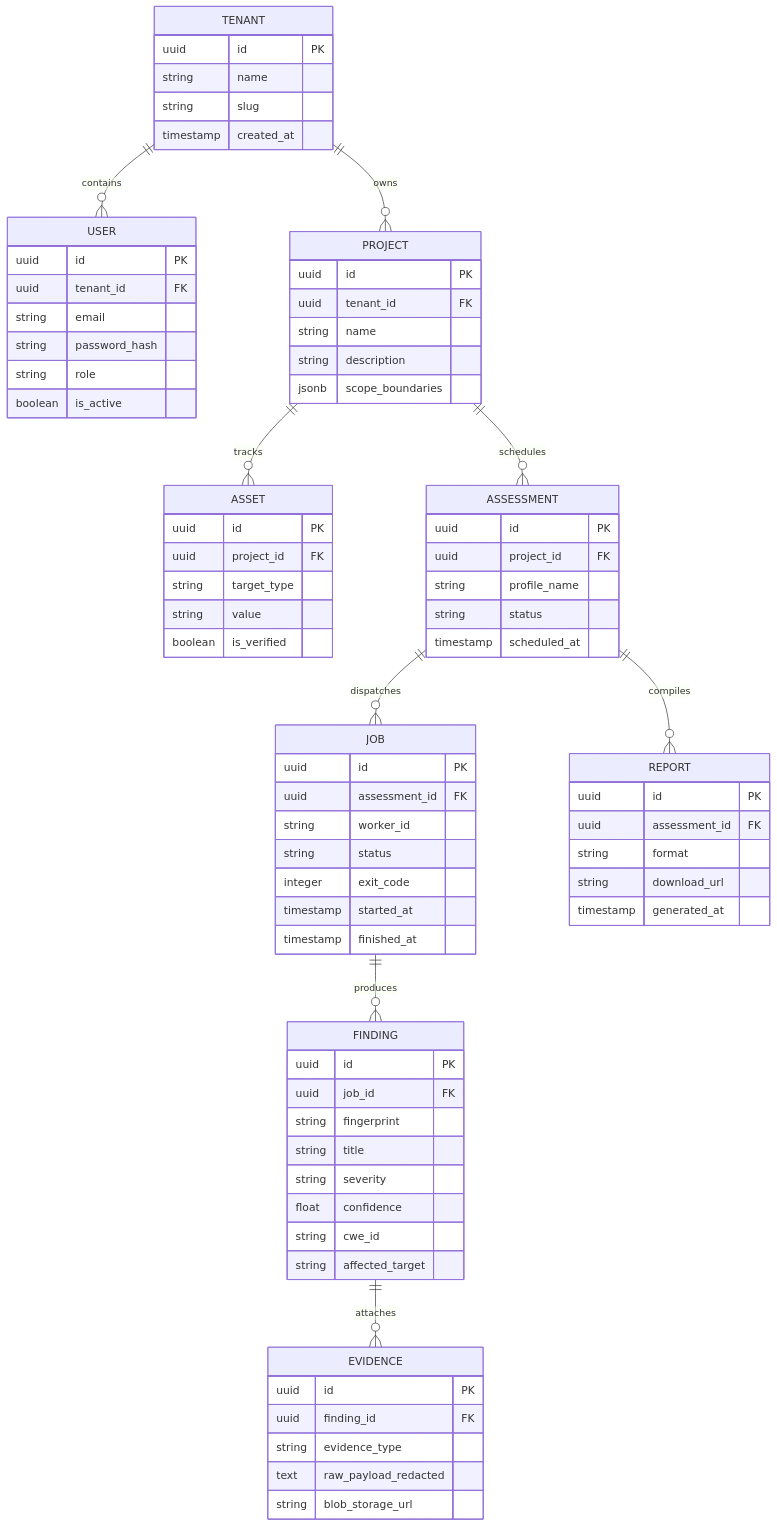
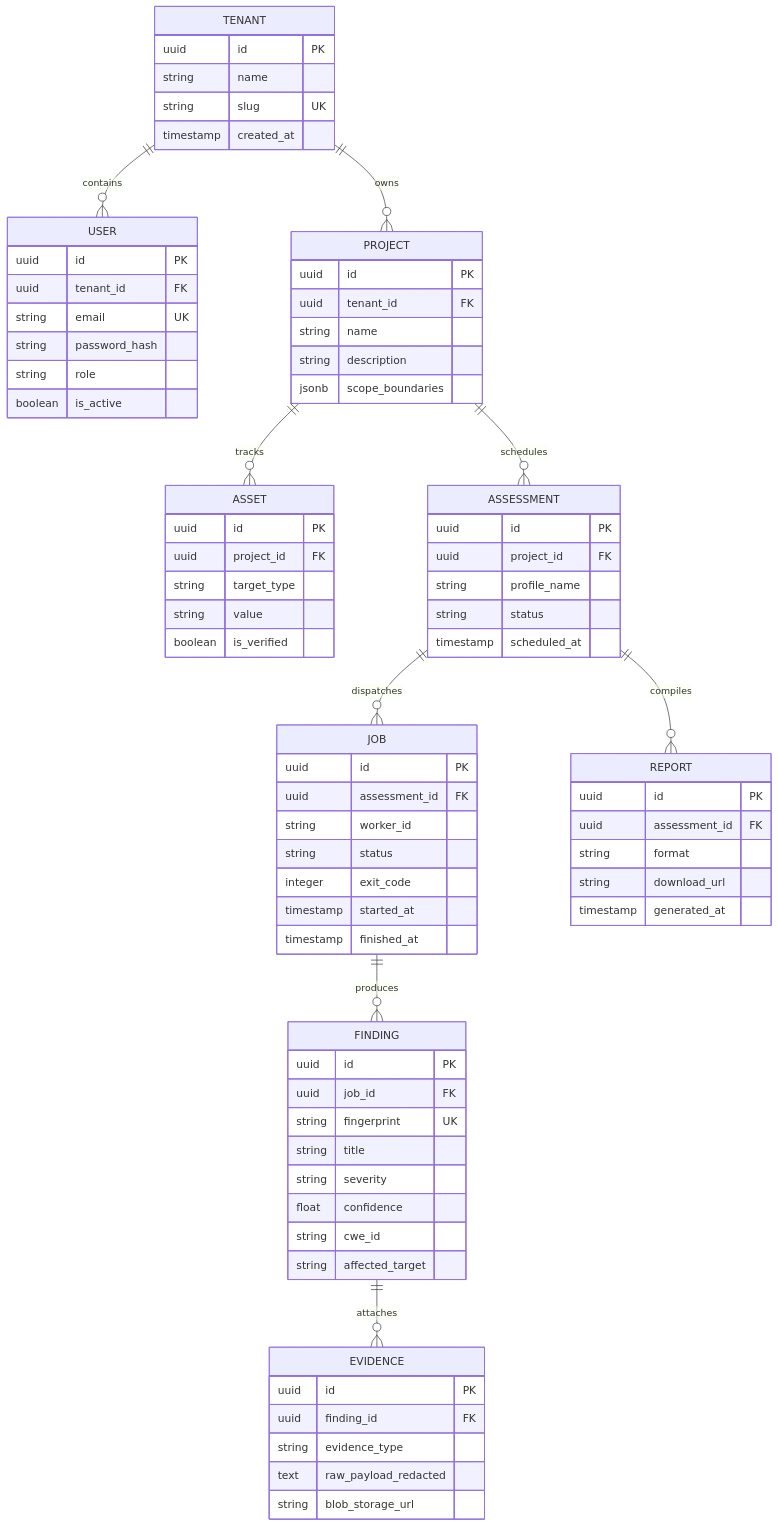
One commit to eOzkahq/Kelvin changed the second of 3 diagrams in docs/MVP_AND_PHASE_BIFURCATION.md. Above: the diagram before and after it, drawn with Mermaid. The commit also changed other lines of this file and 10 other files, not shown here.

First line of the commit message:
docs(architecture): harmonize foundation specifications and documentation with ADR-0001 through ADR-0005 (P1-26)

```diff
--- a/docs/MVP_AND_PHASE_BIFURCATION.md
+++ b/docs/MVP_AND_PHASE_BIFURCATION.md
@@ -52,14 +53,14 @@
     TENANT {
         uuid id PK
         string name
-        string slug
+        string slug UK
         timestamp created_at
     }
 
     USER {
         uuid id PK
         uuid tenant_id FK
-        string email
+        string email UK
         string password_hash
         string role
         boolean is_active
@@ -102,7 +103,7 @@
     FINDING {
         uuid id PK
         uuid job_id FK
-        string fingerprint
+        string fingerprint UK
         string title
         string severity
         float confidence
```
